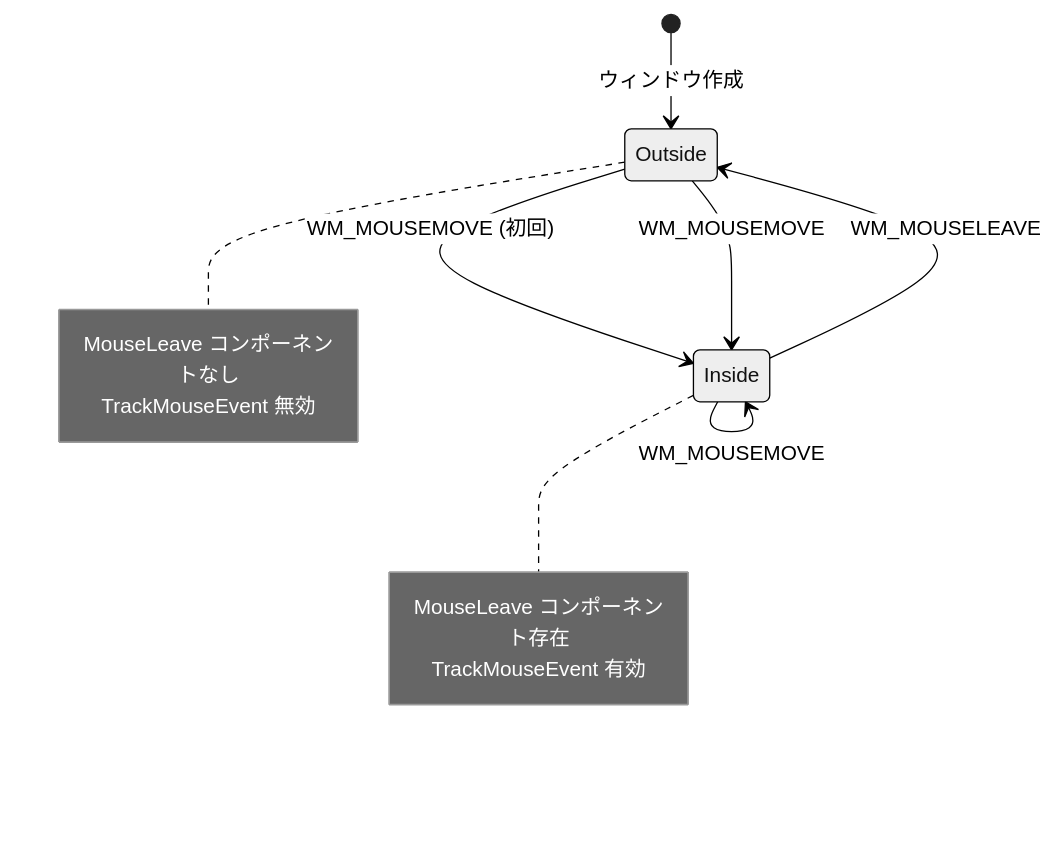
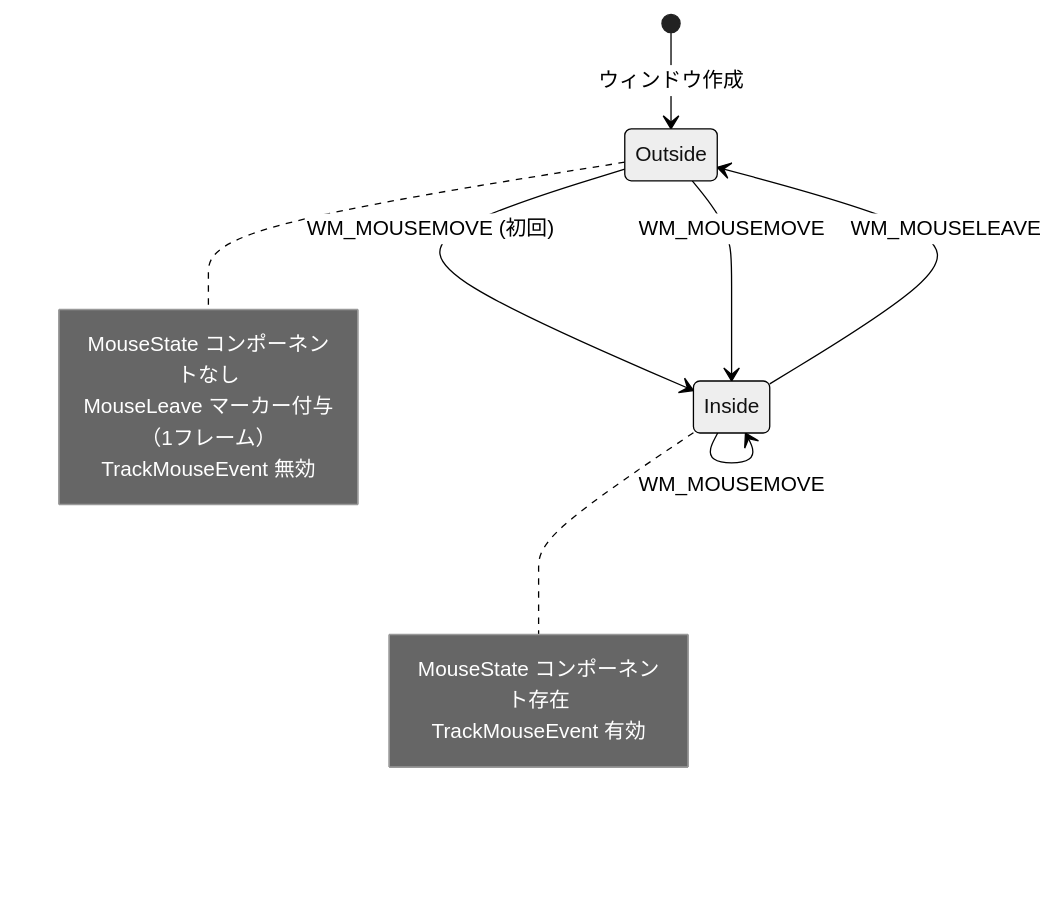
One commit to ekicyou/dcomp_sample-rs changed the fifth of 5 diagrams in .kiro/specs/event-mouse-basic/design.md. Above: the diagram before and after it, drawn with Mermaid (neutral theme). The commit also changed other lines of this file, not shown here.

First line of the commit message:
fix(event-mouse-basic): design.md を requirements.md に整合

````diff
--- a/.kiro/specs/event-mouse-basic/design.md
+++ b/.kiro/specs/event-mouse-basic/design.md
@@ -411,18 +415,19 @@
 ```mermaid
 stateDiagram-v2
     [*] --> Outside: ウィンドウ作成
     Outside --> Inside: WM_MOUSEMOVE (初回)
     Inside --> Inside: WM_MOUSEMOVE
     Inside --> Outside: WM_MOUSELEAVE
     Outside --> Inside: WM_MOUSEMOVE
     
     note right of Inside
-        MouseLeave コンポーネント存在
+        MouseState コンポーネント存在
         TrackMouseEvent 有効
     end note
     
     note right of Outside
-        MouseLeave コンポーネントなし
+        MouseState コンポーネントなし
+        MouseLeave マーカー付与（1フレーム）
         TrackMouseEvent 無効
     end note
 ```
````
